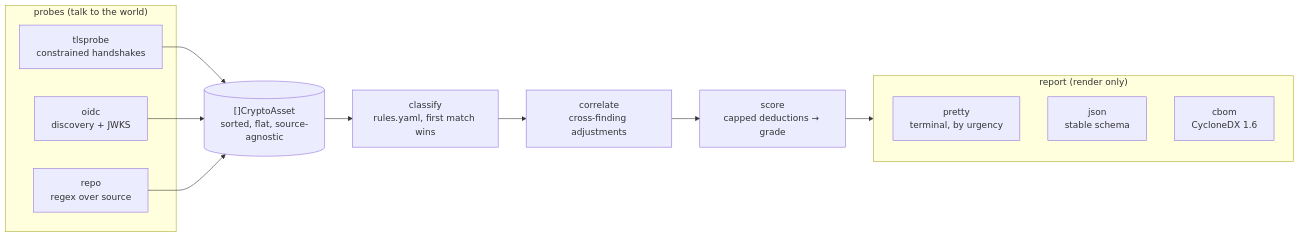
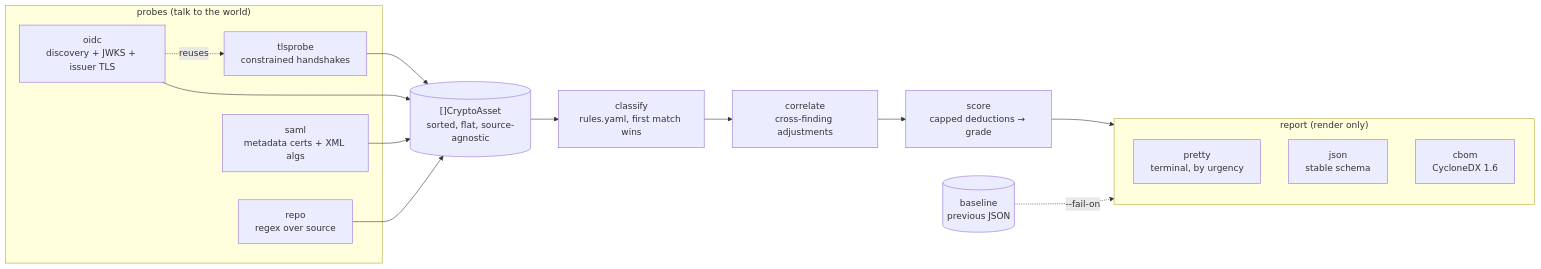
One commit to angga-22/pqinv changed the first of 3 diagrams in docs/architecture.md. Above: the diagram before and after it, drawn with Mermaid. The commit also changed other lines of this file and 21 other files, not shown here.

Commit message:
feat: baseline gate, SAML probe, issuer TLS in scan oidc, RSA key-transport pass

````diff
--- a/docs/architecture.md
+++ b/docs/architecture.md
@@ -11,24 +11,28 @@
 ```mermaid
 flowchart LR
     subgraph probes["probes (talk to the world)"]
         tls["tlsprobe<br/>constrained handshakes"]
-        oidc["oidc<br/>discovery + JWKS"]
+        oidc["oidc<br/>discovery + JWKS + issuer TLS"]
+        saml["saml<br/>metadata certs + XML algs"]
         repo["repo<br/>regex over source"]
     end
 
     tls --> assets
     oidc --> assets
+    saml --> assets
     repo --> assets
+    oidc -. reuses .-> tls
 
     assets[("[]CryptoAsset<br/>sorted, flat, source-agnostic")]
     assets --> classify["classify<br/>rules.yaml, first match wins"]
     classify --> correlate["correlate<br/>cross-finding adjustments"]
     correlate --> score["score<br/>capped deductions → grade"]
     score --> report
+    baseline[("baseline<br/>previous JSON")] -. "--fail-on" .-> report
 
     subgraph report["report (render only)"]
         pretty["pretty<br/>terminal, by urgency"]
         json["json<br/>stable schema"]
         cbom["cbom<br/>CycloneDX 1.6"]
     end
 ```
````
